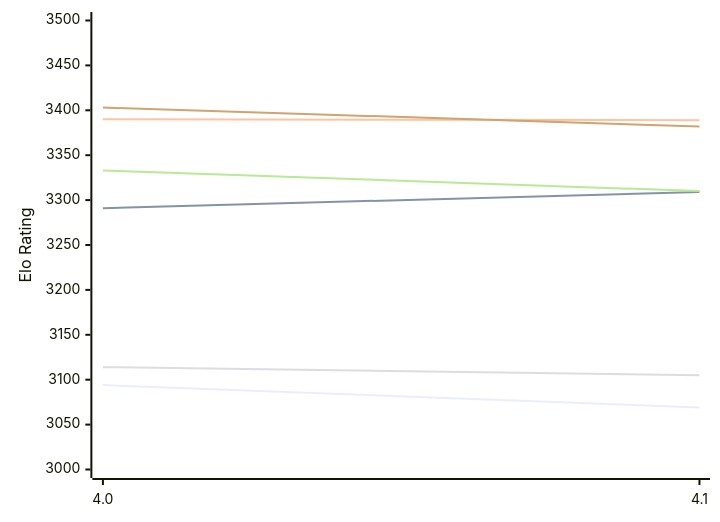
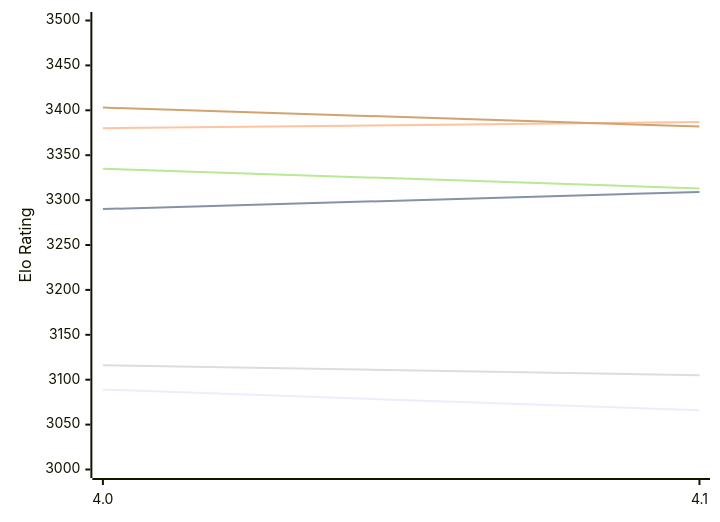
Before and after one commit to computer-chess-index/cci: the first of 2 diagrams in engines/Petrel.md, drawn with Mermaid. The commit also changed other lines of this file, not shown here.

Commit message:
Update CCI Ratings (ELO VLTC) - 2026-11-28

````diff
--- a/engines/Petrel.md
+++ b/engines/Petrel.md
@@ -57,12 +57,12 @@
 ```mermaid
 %%{init: {"theme":"base","themeVariables":{"seriesColors:['#a3a3a3','#222221','#faa371']}}}%%
 xychart-beta
   x-axis ["4.0", "4.1"]
   y-axis "Elo Rating" 3000 --> 3500
-  line "E1: STC (8.0+0.08s)" [3094, 3069]
-  line "E1: LTC (60.0+0.60s)" [3291, 3309]
-  line "E1: VLTC (2m24s+1.12s)" [3390, 3389]
-  line "P1: STC (8.0+0.08s)" [3114, 3105]
-  line "P1: LTC (60.0+0.60s)" [3333, 3310]
+  line "E1: STC (8.0+0.08s)" [3089, 3066]
+  line "E1: LTC (60.0+0.60s)" [3290, 3309]
+  line "E1: VLTC (2m24s+1.12s)" [3380, 3387]
+  line "P1: STC (8.0+0.08s)" [3116, 3105]
+  line "P1: LTC (60.0+0.60s)" [3335, 3313]
   line "P1: VLTC (2m24s+1.12s)" [3403, 3382]
 ```
````
